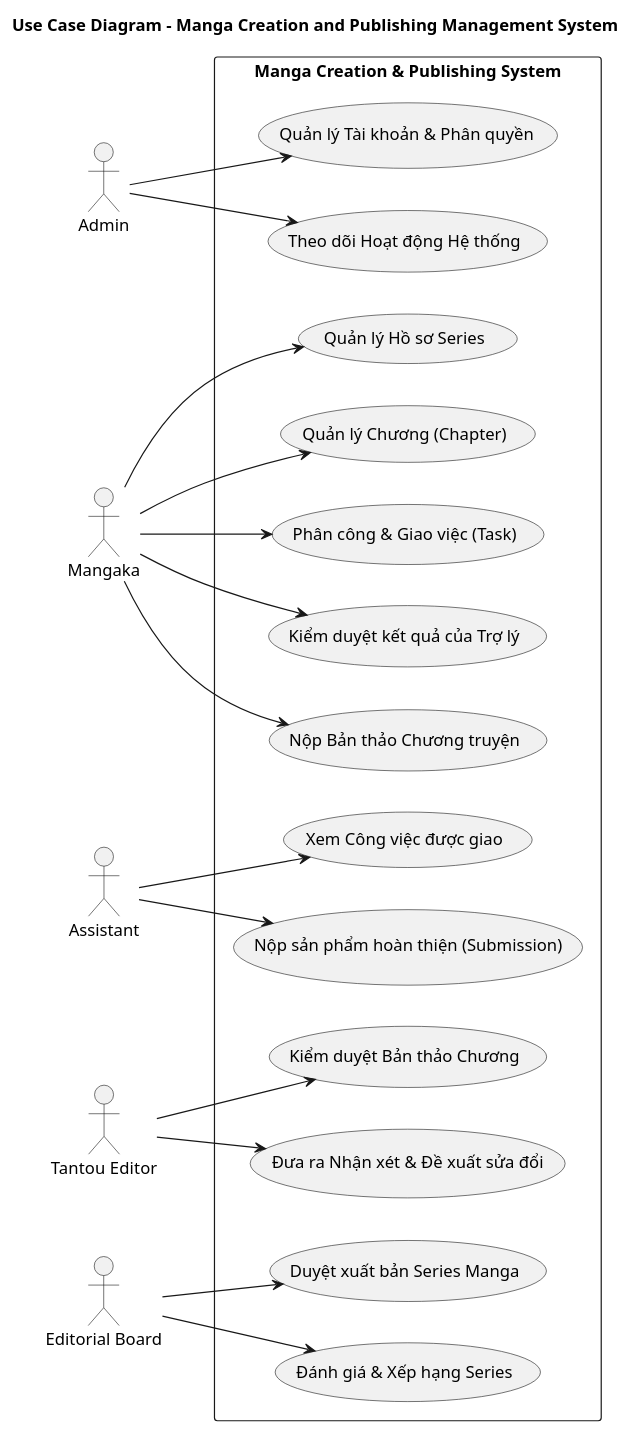
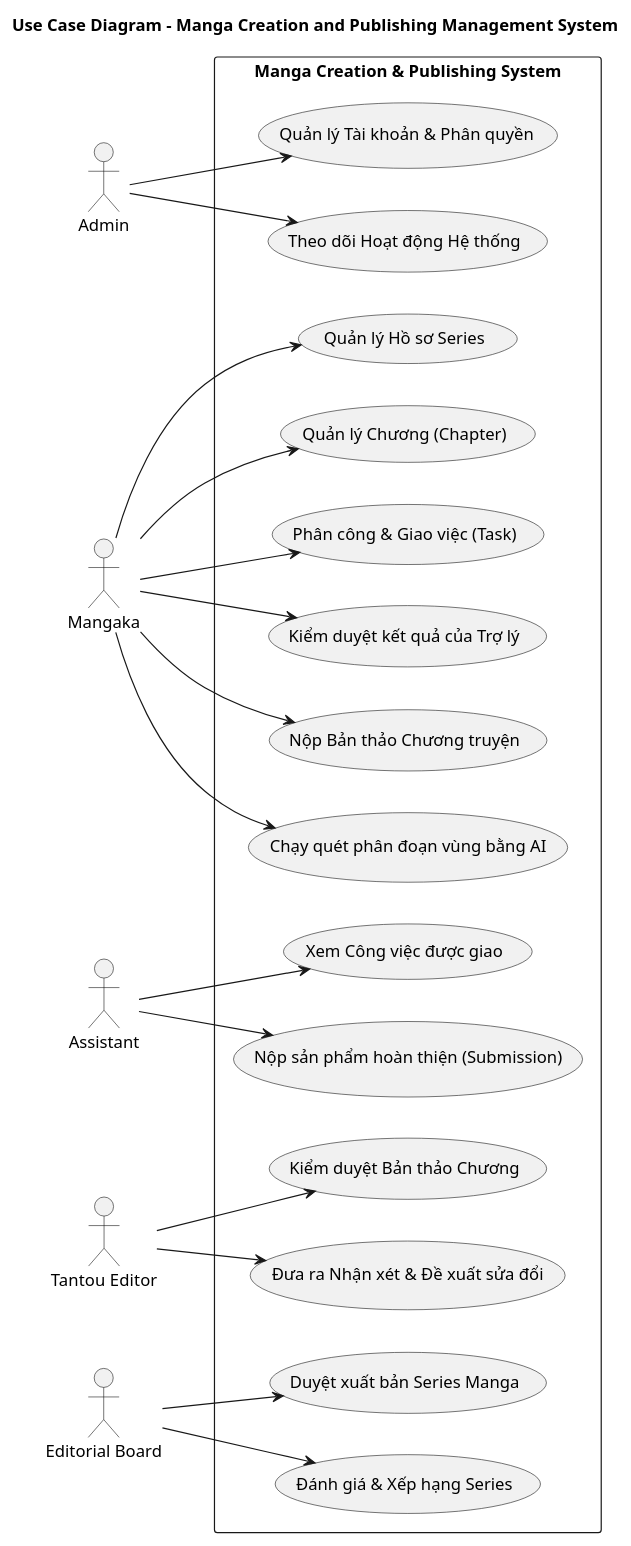
The diagram in UML/Use_Case_Diagram.puml (trongtan0079/Manga-publishing-management-system), drawn with PlantUML before and after one commit. The commit also changed 1 other file, not shown here.

Commit message:
docs: align ERD and Use Case diagrams with new database and code changes

```diff
--- a/UML/Use_Case_Diagram.puml
+++ b/UML/Use_Case_Diagram.puml
@@ -1,55 +1,57 @@
 @startuml
 title Use Case Diagram - Manga Creation and Publishing Management System
 
 left to right direction
 
 actor "Admin" as Admin
 actor "Mangaka" as Mangaka
 actor "Assistant" as Assistant
 actor "Tantou Editor" as Editor
 actor "Editorial Board" as Board
 
 rectangle "Manga Creation & Publishing System" {
   ' Admin Use Cases
   usecase "Quản lý Tài khoản & Phân quyền" as UC_Admin_Users
   usecase "Theo dõi Hoạt động Hệ thống" as UC_Admin_Logs
 
   ' Mangaka Use Cases
   usecase "Quản lý Hồ sơ Series" as UC_Mangaka_Series
   usecase "Quản lý Chương (Chapter)" as UC_Mangaka_Chapter
   usecase "Phân công & Giao việc (Task)" as UC_Mangaka_Task
   usecase "Kiểm duyệt kết quả của Trợ lý" as UC_Mangaka_Review_Task
   usecase "Nộp Bản thảo Chương truyện" as UC_Mangaka_Submit_Chapter
+  usecase "Chạy quét phân đoạn vùng bằng AI" as UC_Mangaka_AI
 
   ' Assistant Use Cases
   usecase "Xem Công việc được giao" as UC_Assistant_Tasks
   usecase "Nộp sản phẩm hoàn thiện (Submission)" as UC_Assistant_Submit
 
   ' Editor Use Cases
   usecase "Kiểm duyệt Bản thảo Chương" as UC_Editor_Review
   usecase "Đưa ra Nhận xét & Đề xuất sửa đổi" as UC_Editor_Feedback
 
   ' Board Use Cases
   usecase "Duyệt xuất bản Series Manga" as UC_Board_Publish
   usecase "Đánh giá & Xếp hạng Series" as UC_Board_Rank
 }
 
 Admin --> UC_Admin_Users
 Admin --> UC_Admin_Logs
 
 Mangaka --> UC_Mangaka_Series
 Mangaka --> UC_Mangaka_Chapter
 Mangaka --> UC_Mangaka_Task
 Mangaka --> UC_Mangaka_Review_Task
 Mangaka --> UC_Mangaka_Submit_Chapter
+Mangaka --> UC_Mangaka_AI
 
 Assistant --> UC_Assistant_Tasks
 Assistant --> UC_Assistant_Submit
 
 Editor --> UC_Editor_Review
 Editor --> UC_Editor_Feedback
 
 Board --> UC_Board_Publish
 Board --> UC_Board_Rank
 
 @enduml
```
